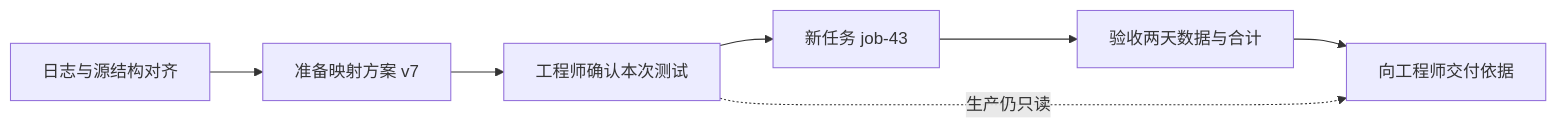
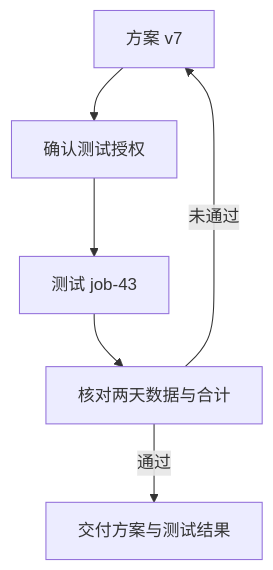
One commit to Mar-garet/agent-book changed the second of 2 diagrams in book/22-evaluation-and-completion.md. Above: the diagram before and after it, drawn with Mermaid. The commit also changed other lines of this file and 47 other files, not shown here.

````diff
--- a/book/22-evaluation-and-completion.md
+++ b/book/22-evaluation-and-completion.md
@@ -198,10 +167,9 @@
 ```mermaid
-%% 同一份任务契约贯穿诊断、获准、测试和交付
-flowchart LR
-    A[日志与源结构对齐] --> B[准备映射方案 v7]
-    B --> C[工程师确认本次测试]
-    C --> D[新任务 job-43]
-    D --> E[验收两天数据与合计]
-    E --> F[向工程师交付依据]
-    C -.生产仍只读.-> F
+%% 新测试需要自己的授权、产物与验收
+flowchart TD
+    P[方案 v7] --> A[确认测试授权]
+    A --> J[测试 job-43]
+    J --> V[核对两天数据与合计]
+    V -->|通过| D[交付方案与测试结果]
+    V -->|未通过| P
 ```
````
